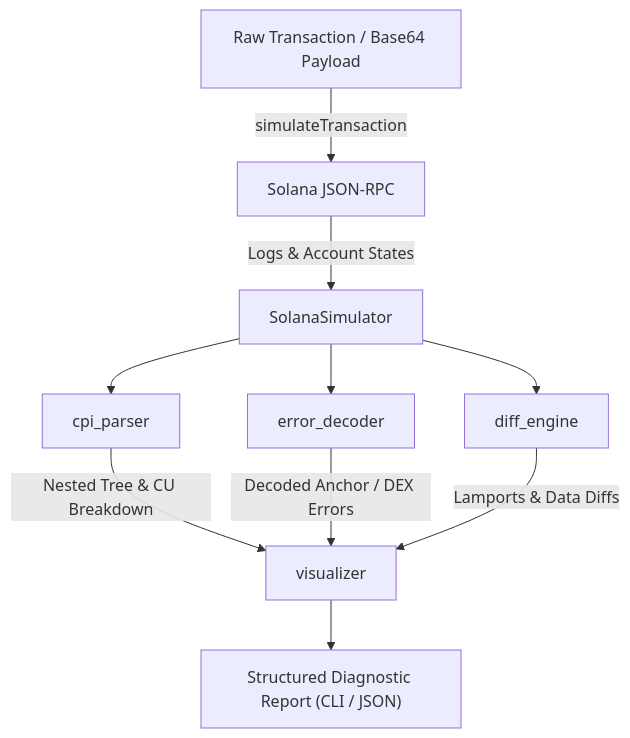
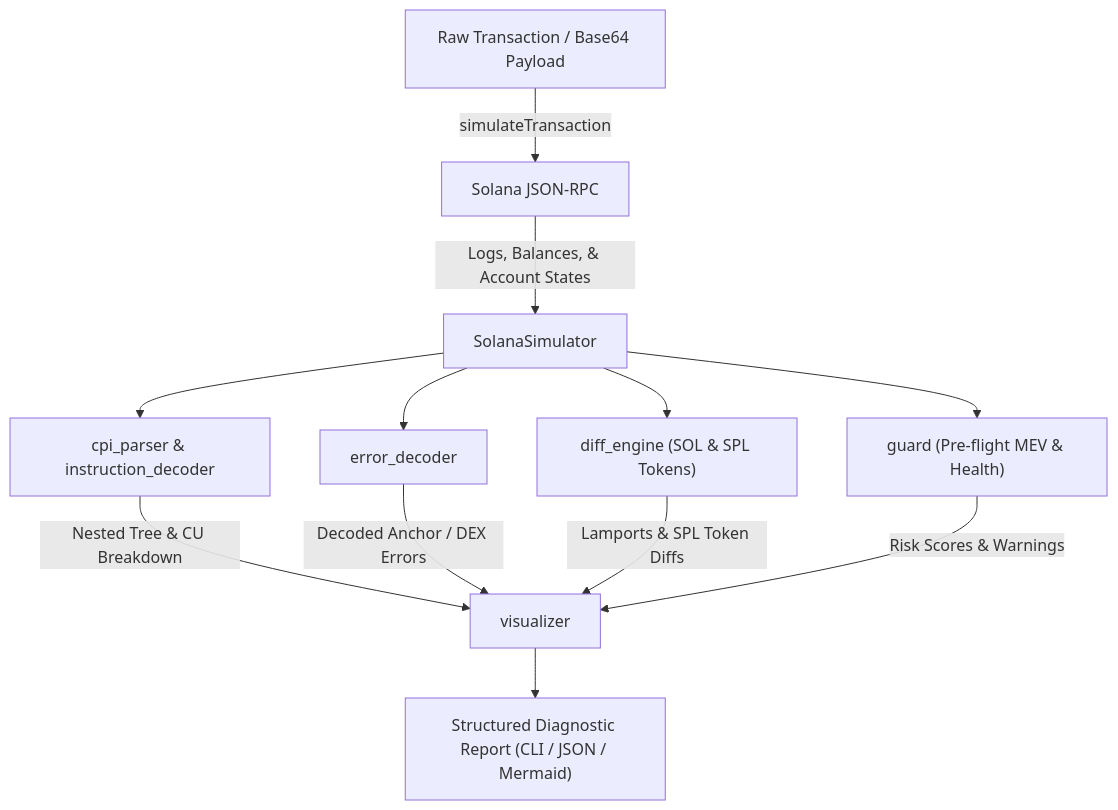
The first of 2 diagrams in README.md (devsoniclk/solana-tx-lens), drawn with Mermaid before and after one commit. The commit also changed other lines of this file and 16 other files, not shown here.

Commit message:
feat: pre-flight MEV guard, Mermaid visualizer, SPL token diffing v0.2.0

````diff
--- a/README.md
+++ b/README.md
@@ -39,12 +44,14 @@
 ```mermaid
 flowchart TD
     A["Raw Transaction / Base64 Payload"] -->|"simulateTransaction"| B["Solana JSON-RPC"]
-    B -->|"Logs & Account States"| C["SolanaSimulator"]
-    C --> D["cpi_parser"]
+    B -->|"Logs, Balances, & Account States"| C["SolanaSimulator"]
+    C --> D["cpi_parser & instruction_decoder"]
     C --> E["error_decoder"]
-    C --> F["diff_engine"]
-    D -->|"Nested Tree & CU Breakdown"| G["visualizer"]
-    E -->|"Decoded Anchor / DEX Errors"| G
-    F -->|"Lamports & Data Diffs"| G
-    G --> H["Structured Diagnostic Report (CLI / JSON)"]
+    C --> F["diff_engine (SOL & SPL Tokens)"]
+    C --> G["guard (Pre-flight MEV & Health)"]
+    D -->|"Nested Tree & CU Breakdown"| H["visualizer"]
+    E -->|"Decoded Anchor / DEX Errors"| H
+    F -->|"Lamports & SPL Token Diffs"| H
+    G -->|"Risk Scores & Warnings"| H
+    H --> I["Structured Diagnostic Report (CLI / JSON / Mermaid)"]
 ```
````
